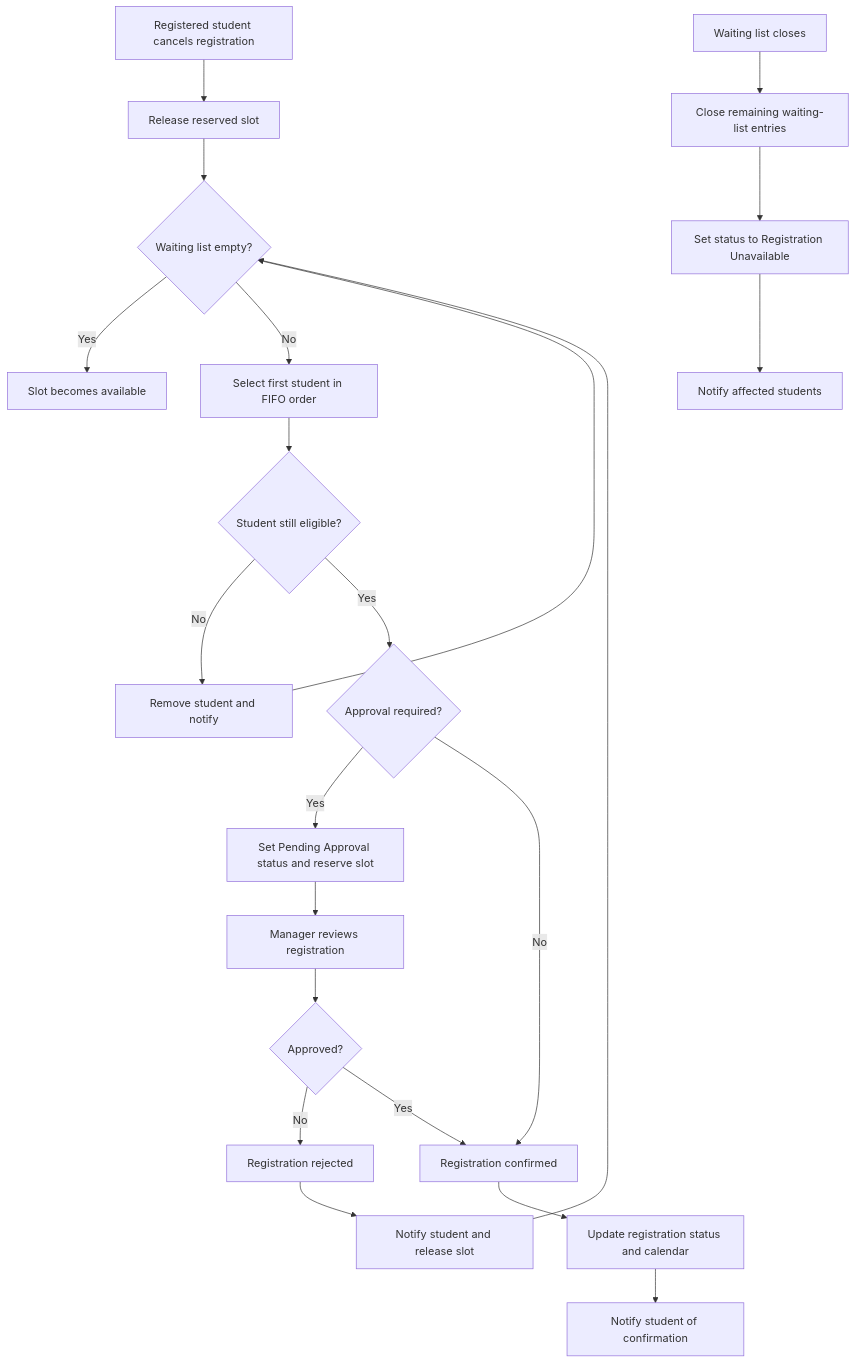
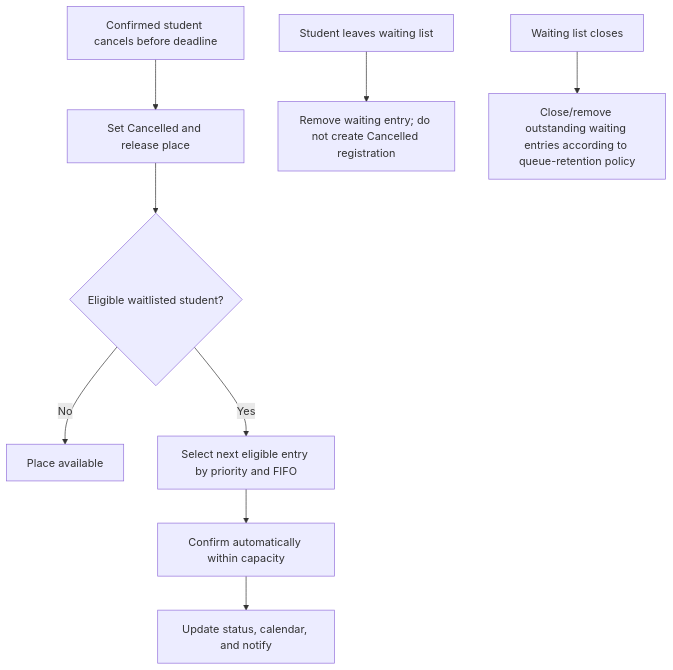
The fourth of 5 diagrams in docs/requirements/vision-document.md (APCSk24-CS300/cs300-project), drawn with Mermaid before and after one commit. The commit also changed other lines of this file, not shown here.

Commit message:
update workflow 1, model 4, vision document

````diff
--- a/docs/requirements/vision-document.md
+++ b/docs/requirements/vision-document.md
@@ -175,35 +175,11 @@
 ```mermaid
-
 flowchart TD
-    A[Registered student cancels registration]
-    A --> B[Release reserved slot]
-
-    B --> C{Waiting list empty?}
-    C -->|Yes| D[Slot becomes available]
-    C -->|No| E[Select first student in FIFO order]
-
-    E --> F{Student still eligible?}
-    F -->|No| G[Remove student and notify]
-    G --> C
-
-    F -->|Yes| M{Approval required?}
-
-    M -->|Yes| N[Set Pending Approval status and reserve slot]
-    N --> O[Manager reviews registration]
-    O --> P{Approved?}
-
-    P -->|No| Q[Registration rejected]
-    Q --> Q1[Notify student and release slot]
-    Q1 --> C
-
-    P -->|Yes| R[Registration confirmed]
-    M -->|No| R
-
-    R --> S[Update registration status and calendar]
-    S --> T[Notify student of confirmation]
-
-    U[Waiting list closes] --> V[Close remaining waiting-list entries]
-    V --> W[Set status to Registration Unavailable]
-    W --> X[Notify affected students]
-
+    A[Confirmed student cancels before deadline] --> B[Set Cancelled and release place]
+    B --> C{Eligible waitlisted student?}
+    C -->|No| D[Place available]
+    C -->|Yes| E[Select next eligible entry by priority and FIFO]
+    E --> F[Confirm automatically within capacity]
+    F --> G[Update status, calendar, and notify]
+    H[Student leaves waiting list] --> I[Remove waiting entry; do not create Cancelled registration]
+    J[Waiting list closes] --> K[Close/remove outstanding waiting entries according to queue-retention policy]
 ```
````
